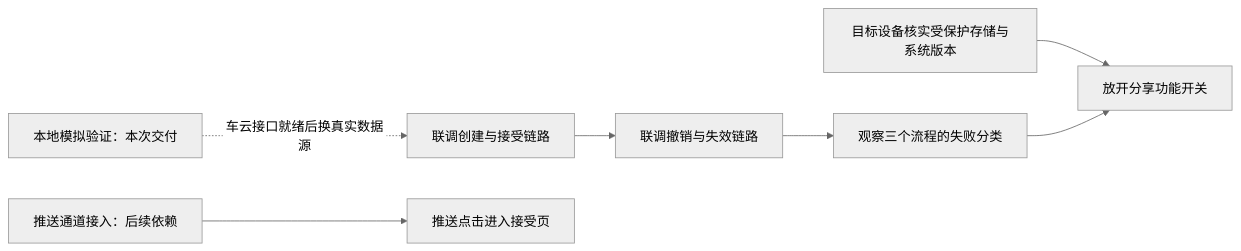
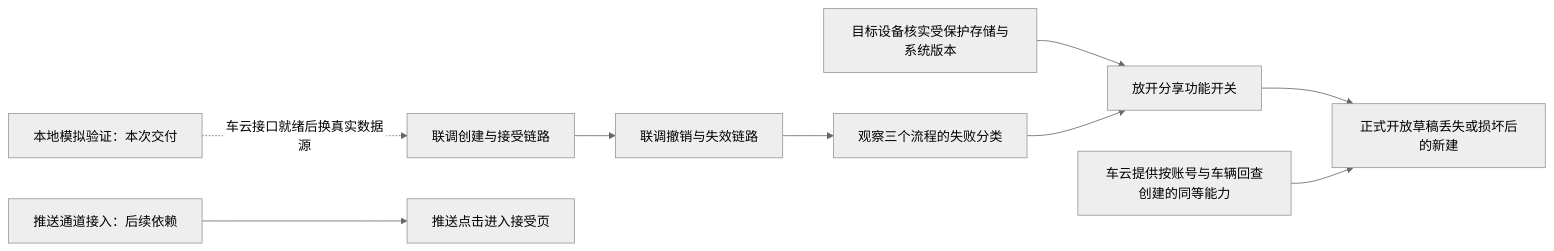
The seventh of 7 diagrams in doc/plan/1.9.9/金样候选/car-key-sharing/AR/story.md (sqsqsq/SimulatedWalletForHmos), drawn with Mermaid (neutral theme) before and after one commit. The commit also changed other lines of this file and 47 other files, not shown here.

````diff
--- a/doc/plan/1.9.9/金样候选/car-key-sharing/AR/story.md
+++ b/doc/plan/1.9.9/金样候选/car-key-sharing/AR/story.md
@@ -593,9 +619,11 @@
 ```mermaid
 flowchart LR
     S[本地模拟验证：本次交付] -.车云接口就绪后换真实数据源.-> A
     A[联调创建与接受链路] --> B[联调撤销与失效链路]
     B --> C[观察三个流程的失败分类]
     DEV[目标设备核实受保护存储与系统版本] --> D
     C --> D[放开分享功能开关]
+    D --> DR[正式开放草稿丢失或损坏后的新建]
+    REC[车云提供按账号与车辆回查创建的同等能力] --> DR
     P[推送通道接入：后续依赖] --> E[推送点击进入接受页]
 ```
````
